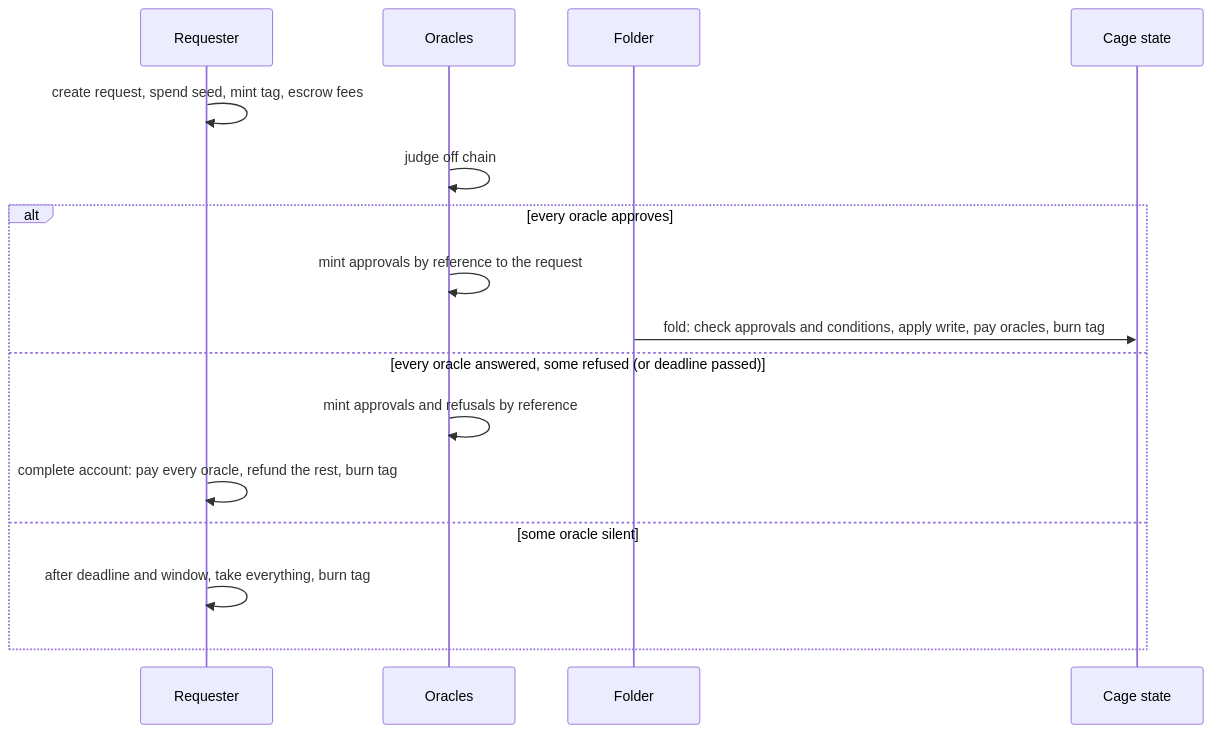
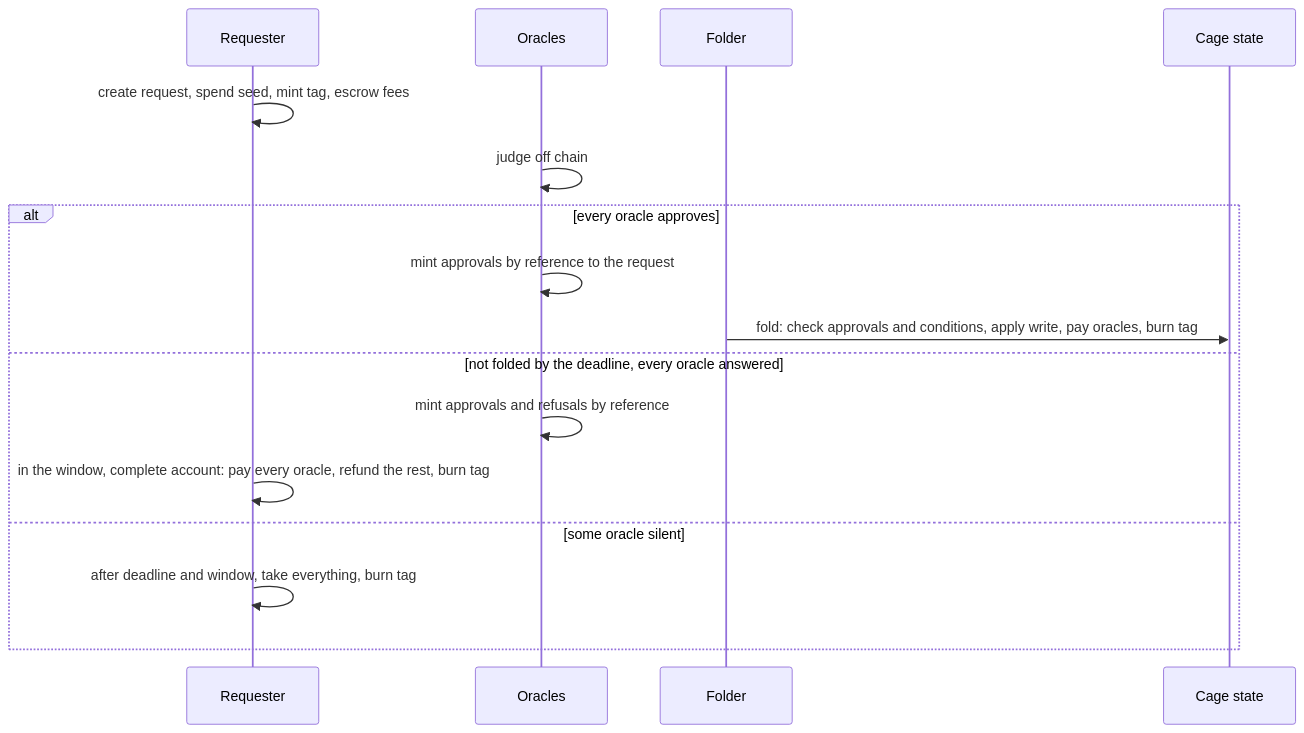
Before and after one commit to cardano-foundation/cardano-mpfs-onchain: the diagram in specs/request-approval-fold/decisions.md, drawn with Mermaid. The commit also changed other lines of this file, not shown here.

Commit message:
docs(specs): one exit per window; refusal is no early exit

````diff
--- a/specs/request-approval-fold/decisions.md
+++ b/specs/request-approval-fold/decisions.md
@@ -176,18 +183,18 @@
 ```mermaid
 sequenceDiagram
   participant R as Requester
   participant O as Oracles
   participant F as Folder
   participant C as Cage state
   R->>R: create request, spend seed, mint tag, escrow fees
   O->>O: judge off chain
   alt every oracle approves
     O->>O: mint approvals by reference to the request
     F->>C: fold: check approvals and conditions, apply write, pay oracles, burn tag
-  else every oracle answered, some refused (or deadline passed)
+  else not folded by the deadline, every oracle answered
     O->>O: mint approvals and refusals by reference
-    R->>R: complete account: pay every oracle, refund the rest, burn tag
+    R->>R: in the window, complete account: pay every oracle, refund the rest, burn tag
   else some oracle silent
     R->>R: after deadline and window, take everything, burn tag
   end
 ```
````
